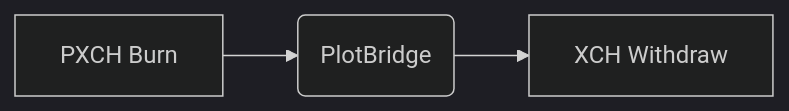
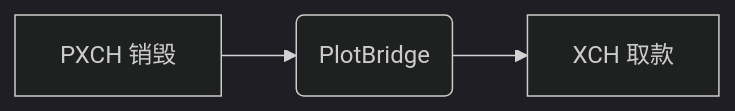
Before and after one commit to plot-network/plotbridge-website: the third of 4 diagrams in content/tokens.zh-cn.md, drawn with Mermaid (dark theme). The commit also changed other lines of this file and 2 other files, not shown here.

Commit message:
add mermaid in tokens.md

```diff
--- a/content/tokens.zh-cn.md
+++ b/content/tokens.zh-cn.md
@@ -30,4 +35,4 @@
 {{< mermaid >}}
 graph LR;
-PBR[PXCH Burn] --> PB(PlotBridge) --> XW[XCH Withdraw]
+PBR[PXCH 销毁] --> PB(PlotBridge) --> XW[XCH 取款]
 {{</mermaid>}}
```
